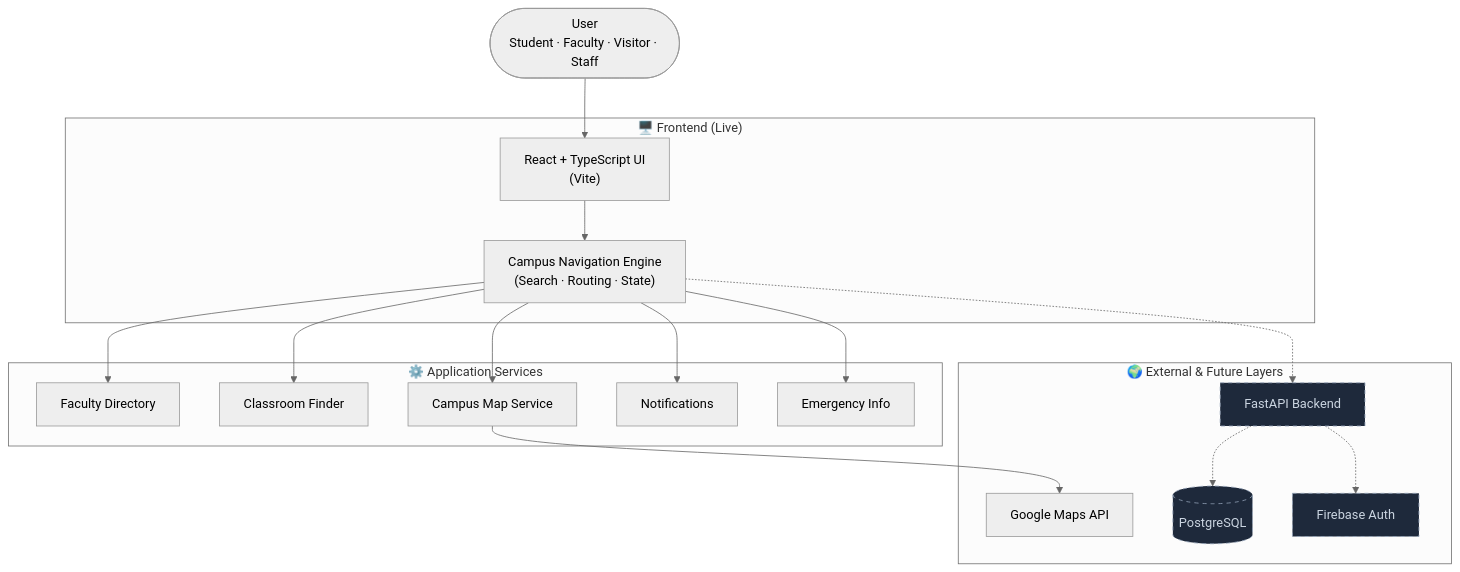
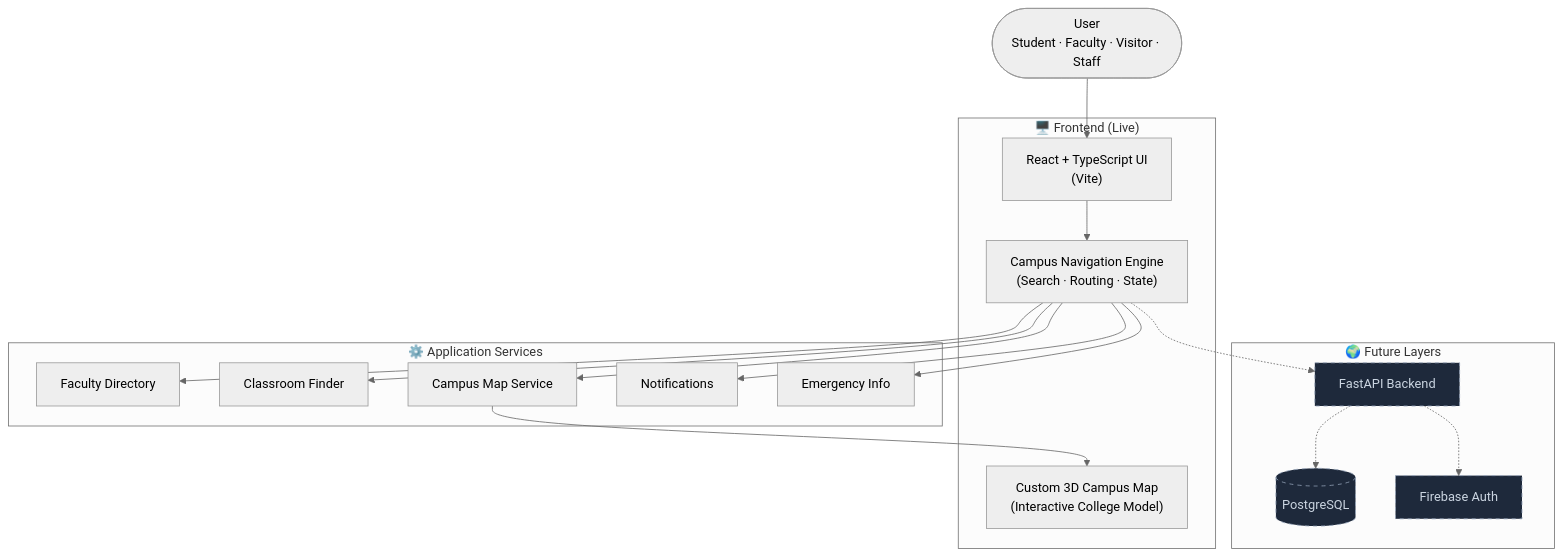
One commit to Prathampimpalikar/Campus_Coder changed the diagram in README.md. Above: the diagram before and after it, drawn with Mermaid (neutral theme). The commit also changed other lines of this file, not shown here.

````diff
--- a/README.md
+++ b/README.md
@@ -127,34 +124,34 @@
 ```mermaid
 flowchart TD
     U([User<br/>Student · Faculty · Visitor · Staff])
 
     subgraph Client["🖥️ Frontend (Live)"]
         UI["React + TypeScript UI<br/>(Vite)"]
         NAV["Campus Navigation Engine<br/>(Search · Routing · State)"]
+        M3D["Custom 3D Campus Map<br/>(Interactive College Model)"]
     end
 
     subgraph Services["⚙️ Application Services"]
         FD["Faculty Directory"]
         CF["Classroom Finder"]
         MP["Campus Map Service"]
         NT["Notifications"]
         EM["Emergency Info"]
     end
 
-    subgraph External["🌍 External & Future Layers"]
-        GM["Google Maps API"]
+    subgraph External["🌍 Future Layers"]
         BE["FastAPI Backend"]:::future
         DB[("PostgreSQL")]:::future
         AU["Firebase Auth"]:::future
     end
 
     U --> UI
     UI --> NAV
     NAV --> FD & CF & MP & NT & EM
-    MP --> GM
+    MP --> M3D
     NAV -.-> BE
     BE -.-> DB
     BE -.-> AU
 
     classDef future fill:#1e293b,stroke:#94a3b8,stroke-dasharray:5 5,color:#cbd5e1;
 ```
````
